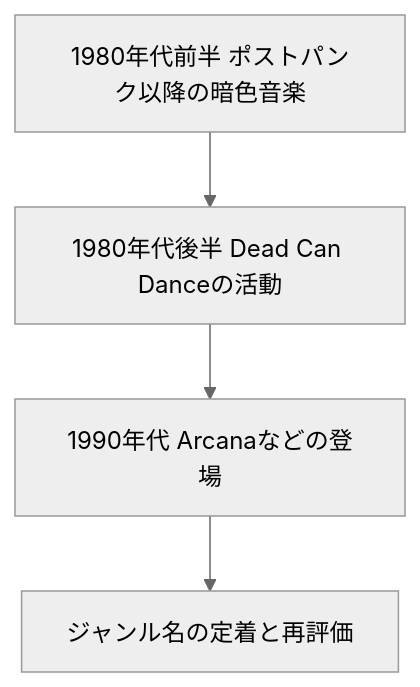
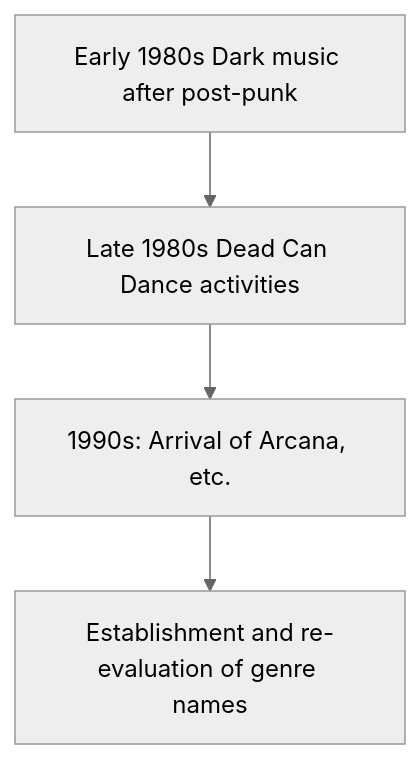
Before and after one commit to monumental-movement/monumental-movement.github.io: the diagram in en/_posts/2026-01-08-column-neo-classical-darkwave.md, drawn with Mermaid (neutral theme). The commit also changed other lines of this file and 801 other files, not shown here.

```diff
--- a/en/_posts/2026-01-08-column-neo-classical-darkwave.md
+++ b/en/_posts/2026-01-08-column-neo-classical-darkwave.md
@@ -147,8 +147,8 @@
 <div class="mermaid">
 
 graph TD
-A[1980年代前半 ポストパンク以降の暗色音楽] --> B[1980年代後半 Dead Can Danceの活動]
-B --> C[1990年代 Arcanaなどの登場]
-C --> D[ジャンル名の定着と再評価]
+A[Early 1980s Dark music after post-punk] --> B[Late 1980s Dead Can Dance activities]
+B --> C[1990s: Arrival of Arcana, etc.]
+C --> D[Establishment and re-evaluation of genre names]
 
 </div>
```
